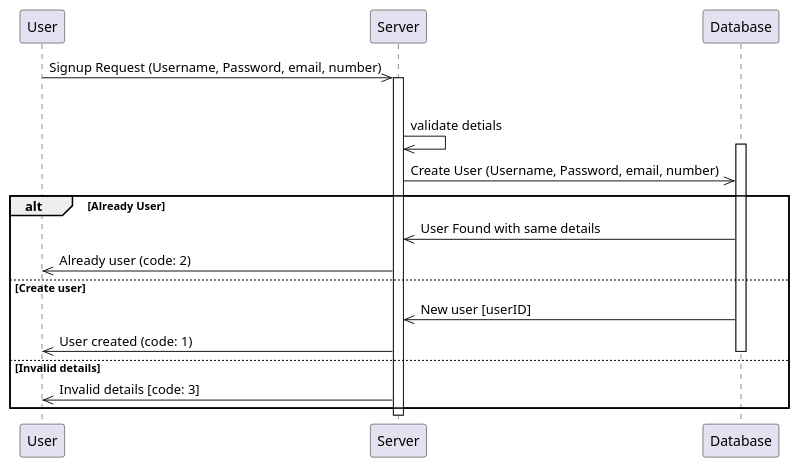
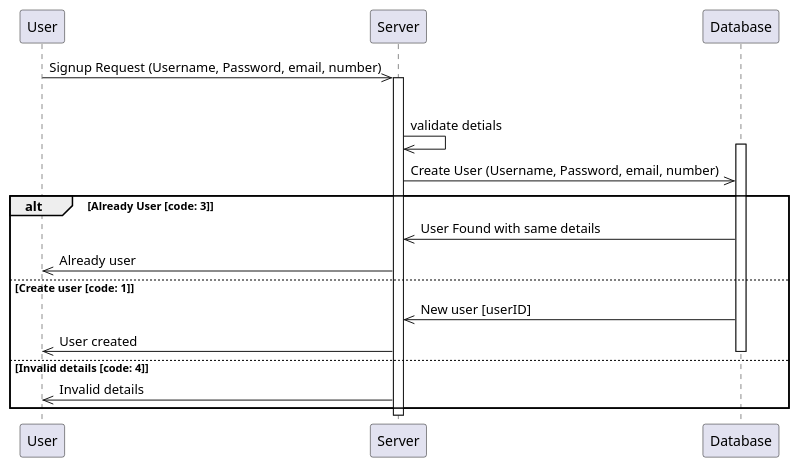
Before and after one commit to ABabhulkar/SimProject: the diagram in doc/sequence/create_user.puml, drawn with PlantUML. The commit also changed 1 other file, not shown here.

Commit message:
[sc-43] Fixed minor issues in diagrams (#8)

```diff
--- a/doc/sequence/create_user.puml
+++ b/doc/sequence/create_user.puml
@@ -1,23 +1,23 @@
 @startuml
 participant User
 participant Server
 participant Database
 
 User->>Server: Signup Request (Username, Password, email, number)
 activate Server
 alt Valid details
   Server->>Server: validate detials
   activate Database
   Server->>Database: Create User (Username, Password, email, number)
-  alt Already User
+  alt Already User [code: 3]
     Database->>Server: User Found with same details
-    Server->>User: Already user (code: 2)
-  else Create user
+    Server->>User: Already user
+  else Create user [code: 1]
     Database->>Server: New user [userID]
-    Server->>User: User created (code: 1)
+    Server->>User: User created
   deactivate Database
-else Invalid details
-  Server->>User: Invalid details [code: 3]
+else Invalid details [code: 4]
+  Server->>User: Invalid details
 end
 deactivate Server
 @enduml
```
